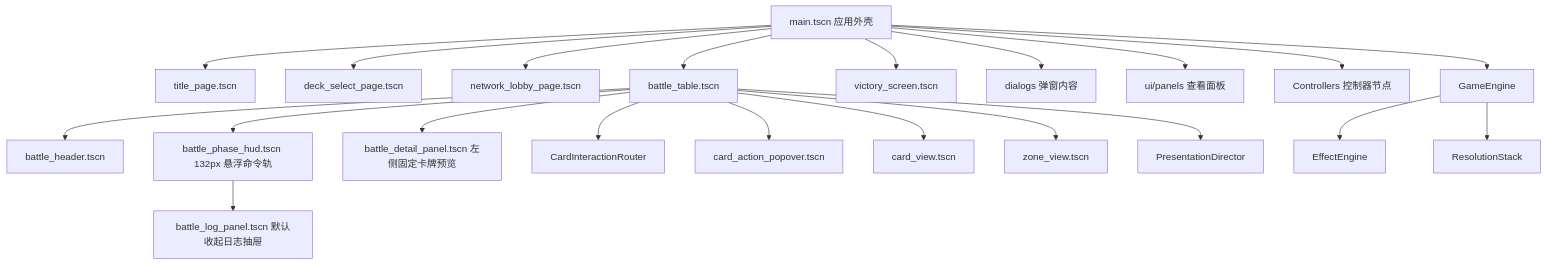
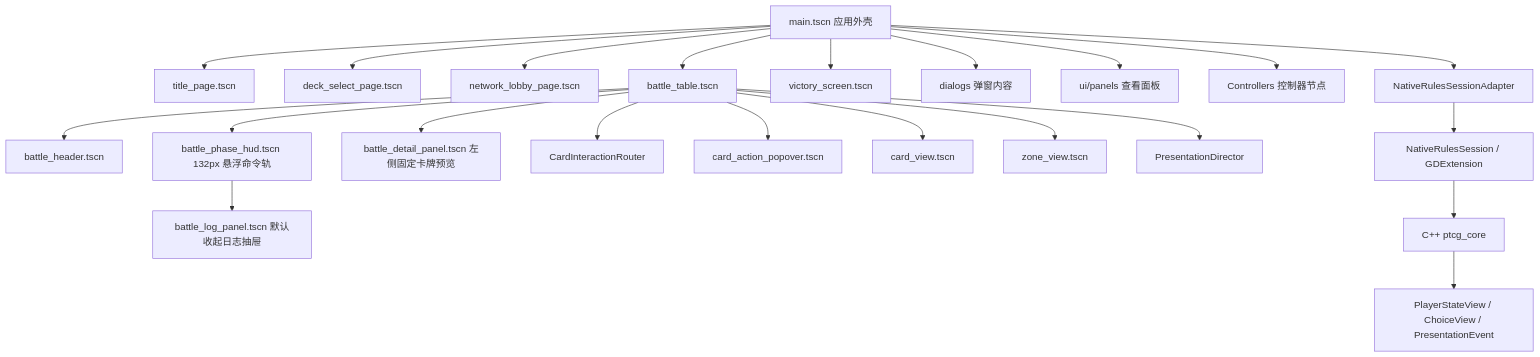
The first of 3 diagrams in docs/GODOT_DEVELOPMENT_GUIDE.md (Endnight-ZHW/PokemonTCG), drawn with Mermaid before and after one commit. The commit also changed other lines of this file and 446 other files, not shown here.

First line of the commit message:
refactor: cut over to native rules core

````diff
--- a/docs/GODOT_DEVELOPMENT_GUIDE.md
+++ b/docs/GODOT_DEVELOPMENT_GUIDE.md
@@ -76,23 +77,24 @@
 ```mermaid
 flowchart TD
     Main[main.tscn 应用外壳] --> Title[title_page.tscn]
     Main --> Decks[deck_select_page.tscn]
     Main --> Network[network_lobby_page.tscn]
     Main --> Battle[battle_table.tscn]
     Main --> Victory[victory_screen.tscn]
     Main --> Dialogs[dialogs 弹窗内容]
     Main --> Panels[ui/panels 查看面板]
     Main --> Controllers[Controllers 控制器节点]
     Battle --> Header[battle_header.tscn]
     Battle --> HUD[battle_phase_hud.tscn 132px 悬浮命令轨]
     HUD --> Log[battle_log_panel.tscn 默认收起日志抽屉]
     Battle --> Detail[battle_detail_panel.tscn 左侧固定卡牌预览]
     Battle --> Router[CardInteractionRouter]
     Battle --> Popover[card_action_popover.tscn]
     Battle --> Card[card_view.tscn]
     Battle --> Zone[zone_view.tscn]
     Battle --> Presentation[PresentationDirector]
-    Main --> Engine[GameEngine]
-    Engine --> Effects[EffectEngine]
-    Engine --> Stack[ResolutionStack]
+    Main --> Adapter[NativeRulesSessionAdapter]
+    Adapter --> Extension[NativeRulesSession / GDExtension]
+    Extension --> Core[C++ ptcg_core]
+    Core --> Views[PlayerStateView / ChoiceView / PresentationEvent]
 ```
````
